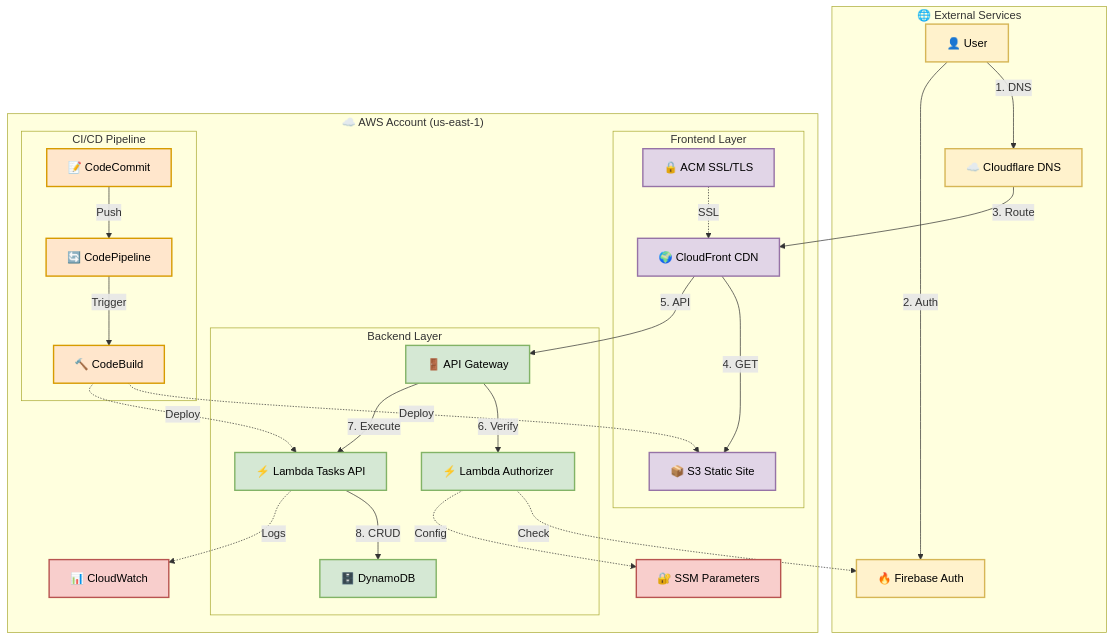
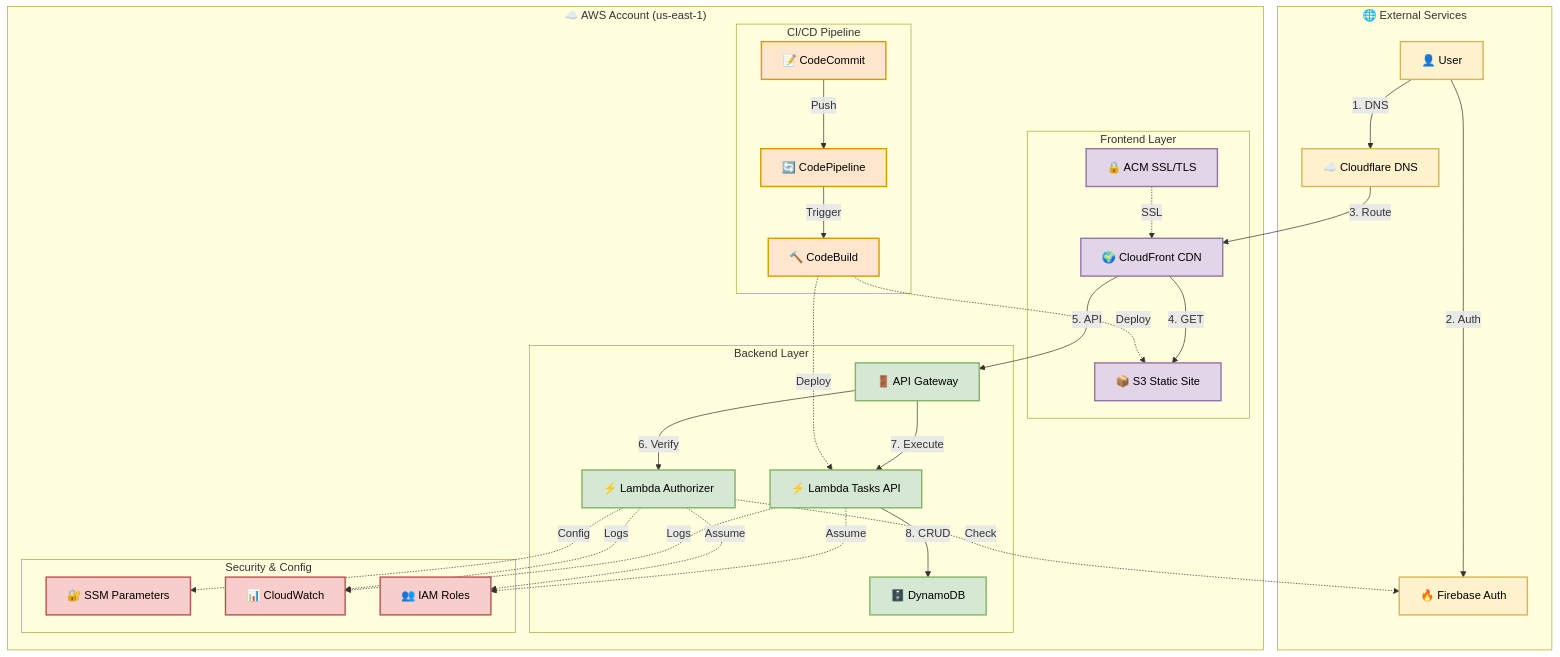
The diagram in README.md (deamaya44/canicas-todo), drawn with Mermaid before and after one commit.

Commit message:
docs: add IAM roles back to architecture diagram
- Organized Security & Config as subgraph
- Shows Lambda IAM role assumptions
- Shows CloudWatch logging from both Lambdas
- Cleaner security layer visualization

````diff
--- a/README.md
+++ b/README.md
@@ -27,61 +27,67 @@
 ```mermaid
 graph TB
     subgraph External["🌐 External Services"]
         User["👤 User"]
         Firebase["🔥 Firebase Auth"]
         Cloudflare["☁️ Cloudflare DNS"]
     end
     
     subgraph AWS["☁️ AWS Account (us-east-1)"]
         subgraph Frontend["Frontend Layer"]
             ACM["🔒 ACM SSL/TLS"]
             CloudFront["🌍 CloudFront CDN"]
             S3["📦 S3 Static Site"]
         end
         
         subgraph Backend["Backend Layer"]
             APIGW["🚪 API Gateway"]
             AuthLambda["⚡ Lambda Authorizer"]
             TasksLambda["⚡ Lambda Tasks API"]
             DynamoDB["🗄️ DynamoDB"]
         end
         
         subgraph CICD["CI/CD Pipeline"]
             CodeCommit["📝 CodeCommit"]
             CodePipeline["🔄 CodePipeline"]
             CodeBuild["🔨 CodeBuild"]
         end
         
-        SSM["🔐 SSM Parameters"]
-        CloudWatch["📊 CloudWatch"]
+        subgraph Security["Security & Config"]
+            SSM["🔐 SSM Parameters"]
+            CloudWatch["📊 CloudWatch"]
+            IAM["👥 IAM Roles"]
+        end
     end
     
     User -->|1. DNS| Cloudflare
     User -->|2. Auth| Firebase
     Cloudflare -->|3. Route| CloudFront
     ACM -.->|SSL| CloudFront
     CloudFront -->|4. GET| S3
     CloudFront -->|5. API| APIGW
     APIGW -->|6. Verify| AuthLambda
     AuthLambda -.->|Check| Firebase
     AuthLambda -.->|Config| SSM
     APIGW -->|7. Execute| TasksLambda
     TasksLambda -->|8. CRUD| DynamoDB
     TasksLambda -.->|Logs| CloudWatch
+    AuthLambda -.->|Logs| CloudWatch
+    TasksLambda -.->|Assume| IAM
+    AuthLambda -.->|Assume| IAM
     CodeCommit -->|Push| CodePipeline
     CodePipeline -->|Trigger| CodeBuild
     CodeBuild -.->|Deploy| S3
     CodeBuild -.->|Deploy| TasksLambda
     
     classDef external fill:#fff2cc,stroke:#d6b656,stroke-width:2px,color:#000
     classDef frontend fill:#e1d5e7,stroke:#9673a6,stroke-width:2px,color:#000
     classDef backend fill:#d5e8d4,stroke:#82b366,stroke-width:2px,color:#000
     classDef cicd fill:#ffe6cc,stroke:#d79b00,stroke-width:2px,color:#000
     classDef security fill:#f8cecc,stroke:#b85450,stroke-width:2px,color:#000
     
     class User,Firebase,Cloudflare external
     class ACM,CloudFront,S3 frontend
     class APIGW,AuthLambda,TasksLambda,DynamoDB backend
     class CodeCommit,CodePipeline,CodeBuild cicd
-    class SSM,CloudWatch security
+    class SSM,CloudWatch,IAM security
 ```
````
